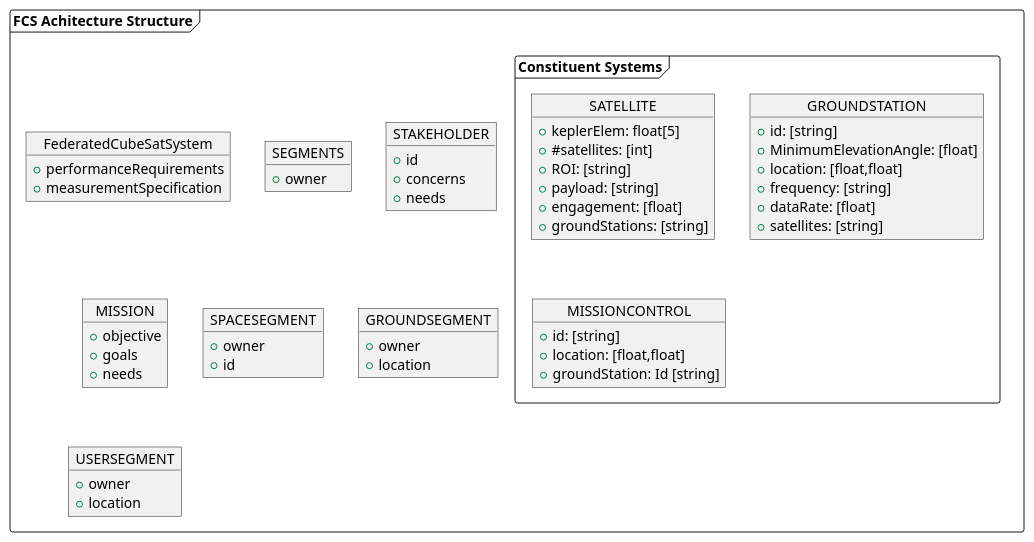
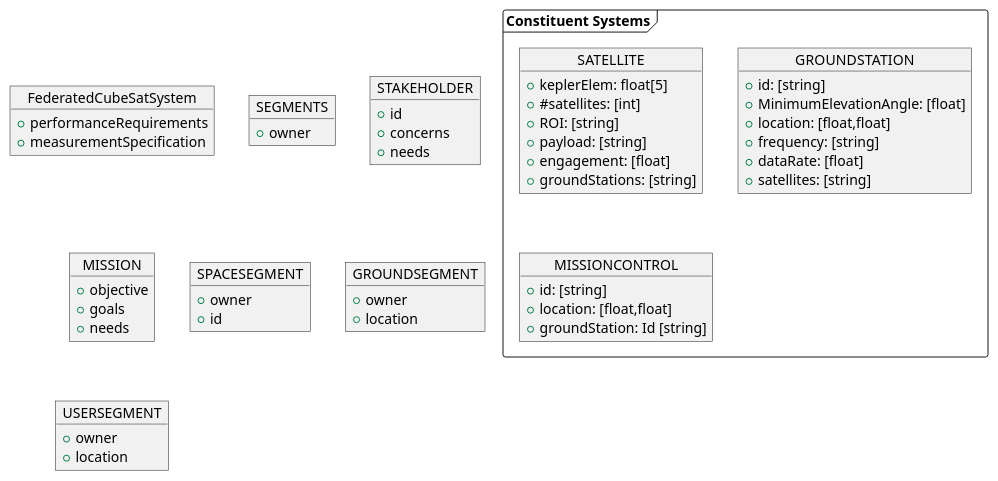
Before and after one commit to clgbatista/phdModelling: the diagram in csrm/architecture_elements.plantuml, drawn with PlantUML. The commit also changed 4 other files, not shown here.

```diff
--- a/csrm/architecture_elements.plantuml
+++ b/csrm/architecture_elements.plantuml
@@ -1,67 +1,67 @@
 @startuml architectural_elements
 
 skinparam Linetype ortho
 
-frame "FCS Achitecture Structure" {
+' frame "FCS Achitecture Structure" {
 
     object FederatedCubeSatSystem {
         +performanceRequirements
         +measurementSpecification
     }
 
     object SEGMENTS {
         +owner
     }
     object STAKEHOLDER {
         +id
         +concerns
         +needs
     }
     object MISSION {
         +objective
         +goals
         +needs
     }
 
     object SPACESEGMENT {
         +owner
         +id
     }
     object GROUNDSEGMENT {
         +owner
         +location
     }
     object USERSEGMENT {
         +owner
         +location
     }
     
     frame "Constituent Systems" as cs {
         object SATELLITE {
             +keplerElem: float[5]
             +#satellites: [int]
             +ROI: [string]
             +payload: [string]
             +engagement: [float]
             +groundStations: [string]
         }
 
         object GROUNDSTATION {
             +id: [string]
             +MinimumElevationAngle: [float]
             +location: [float,float]
             +frequency: [string]
             +dataRate: [float]
             +satellites: [string]
         }
         object MISSIONCONTROL {
             +id: [string]
             +location: [float,float]
             +groundStation: Id [string]
         }
         
     }
 
-}
+' }
 
 @enduml
```
